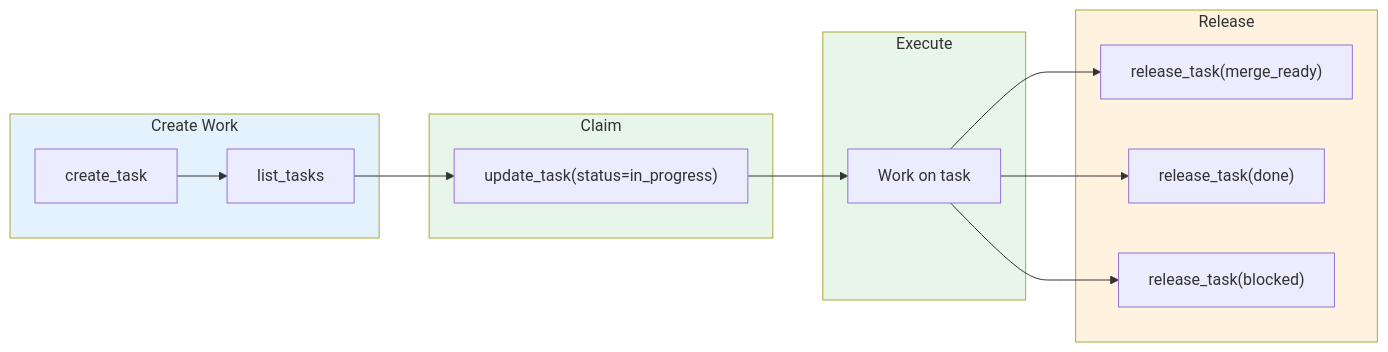
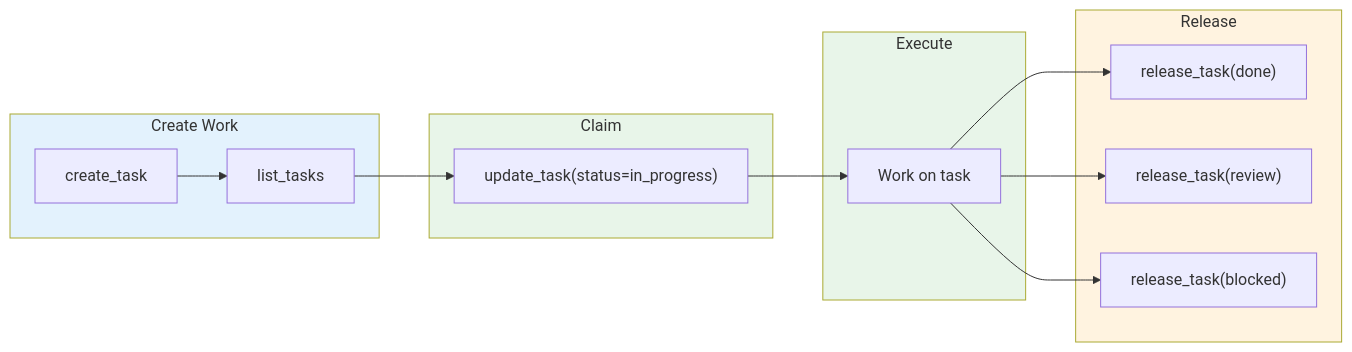
One commit to nicsuzor/mem changed the diagram in specs/work-management.md. Above: the diagram before and after it, drawn with Mermaid. The commit also changed other lines of this file and 12 other files, not shown here.

First line of the commit message:
feat(task): drop merge_ready from PKB status vocabulary (mem_d6032649)

````diff
--- a/specs/work-management.md
+++ b/specs/work-management.md
@@ -26,31 +26,31 @@
 ```mermaid
 flowchart LR
     subgraph CREATE["Create Work"]
         C1[create_task]
         C2[list_tasks]
     end
 
     subgraph CLAIM["Claim"]
         E1["update_task(status=in_progress)"]
     end
 
     subgraph EXECUTE["Execute"]
         E2[Work on task]
     end
 
     subgraph RELEASE["Release"]
-        R1["release_task(merge_ready)"]
-        R2["release_task(done)"]
+        R1["release_task(done)"]
+        R2["release_task(review)"]
         R3["release_task(blocked)"]
     end
 
     C1 --> C2 --> E1 --> E2
     E2 --> R1
     E2 --> R2
     E2 --> R3
 
     style CREATE fill:#e3f2fd
     style CLAIM fill:#e8f5e9
     style EXECUTE fill:#e8f5e9
     style RELEASE fill:#fff3e0
 ```
````
